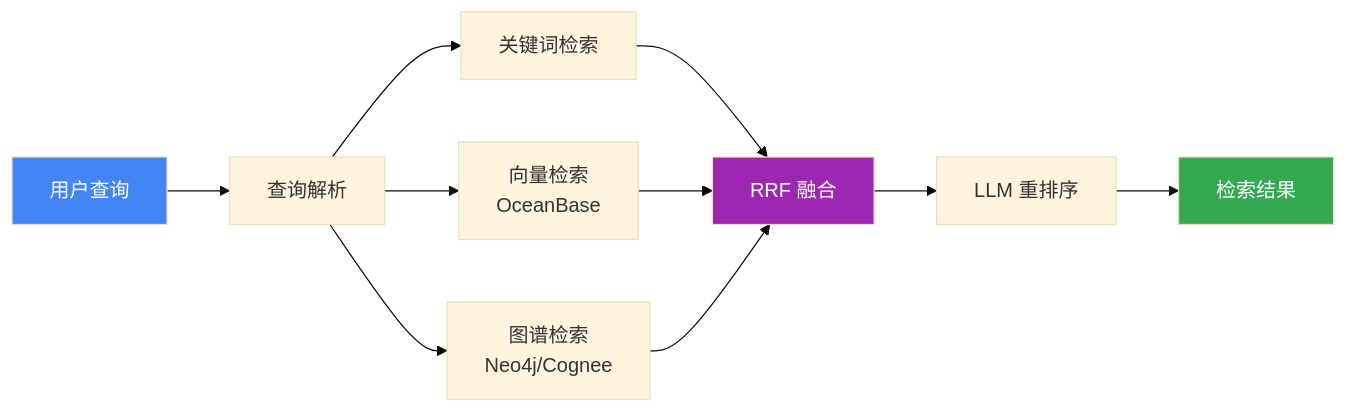
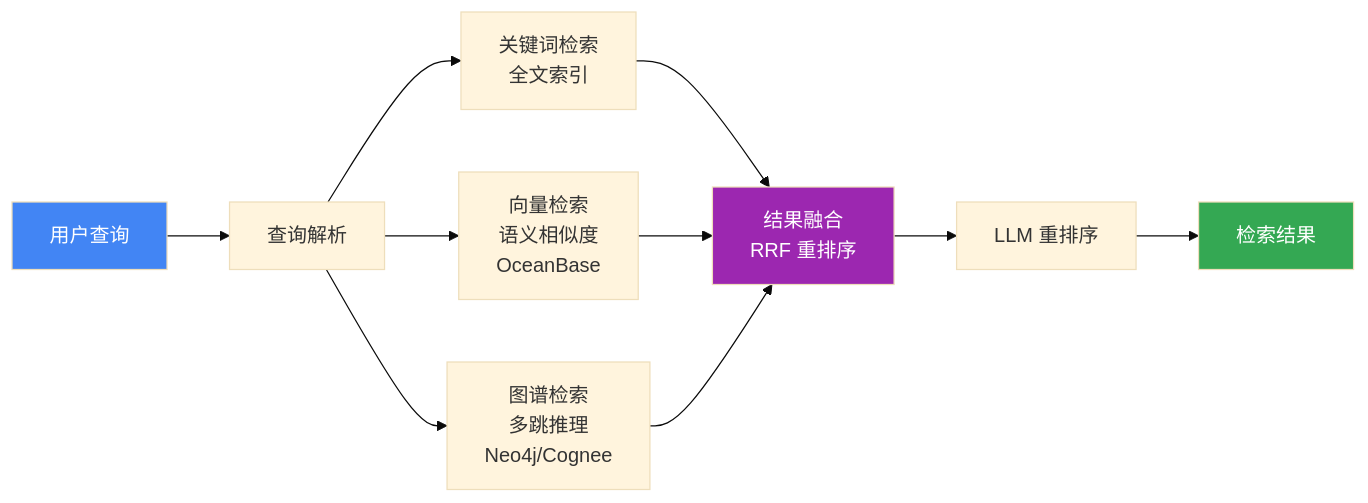
Diagram 16 of 19 in docs/000-prd-architecture.md (ThreeFish-AI/agentic-ai-cognizes), drawn with Mermaid (base theme) before and after one commit. The commit also changed other lines of this file and 1 other file, not shown here.

First line of the commit message:
docs(Architecture): 优化文档结构和章节组织，突出核心设计理念;

````diff
--- a/docs/000-prd-architecture.md
+++ b/docs/000-prd-architecture.md
@@ -612,16 +671,16 @@
 ```mermaid
 flowchart LR
     Query[用户查询] --> Parse[查询解析]
 
-    Parse --> KW[关键词检索]
-    Parse --> Vec[向量检索<br/>OceanBase]
-    Parse --> Graph[图谱检索<br/>Neo4j/Cognee]
+    Parse --> KW[关键词检索<br/>全文索引]
+    Parse --> Vec[向量检索<br/>语义相似度<br/>OceanBase]
+    Parse --> Graph[图谱检索<br/>多跳推理<br/>Neo4j/Cognee]
 
-    KW & Vec & Graph --> Fusion[RRF 融合]
+    KW & Vec & Graph --> Fusion[结果融合<br/>RRF 重排序]
     Fusion --> Rerank[LLM 重排序]
     Rerank --> Result[检索结果]
 
     style Query fill:#4285f4,color:#fff
     style Fusion fill:#9c27b0,color:#fff
     style Result fill:#34a853,color:#fff
 ```
````
